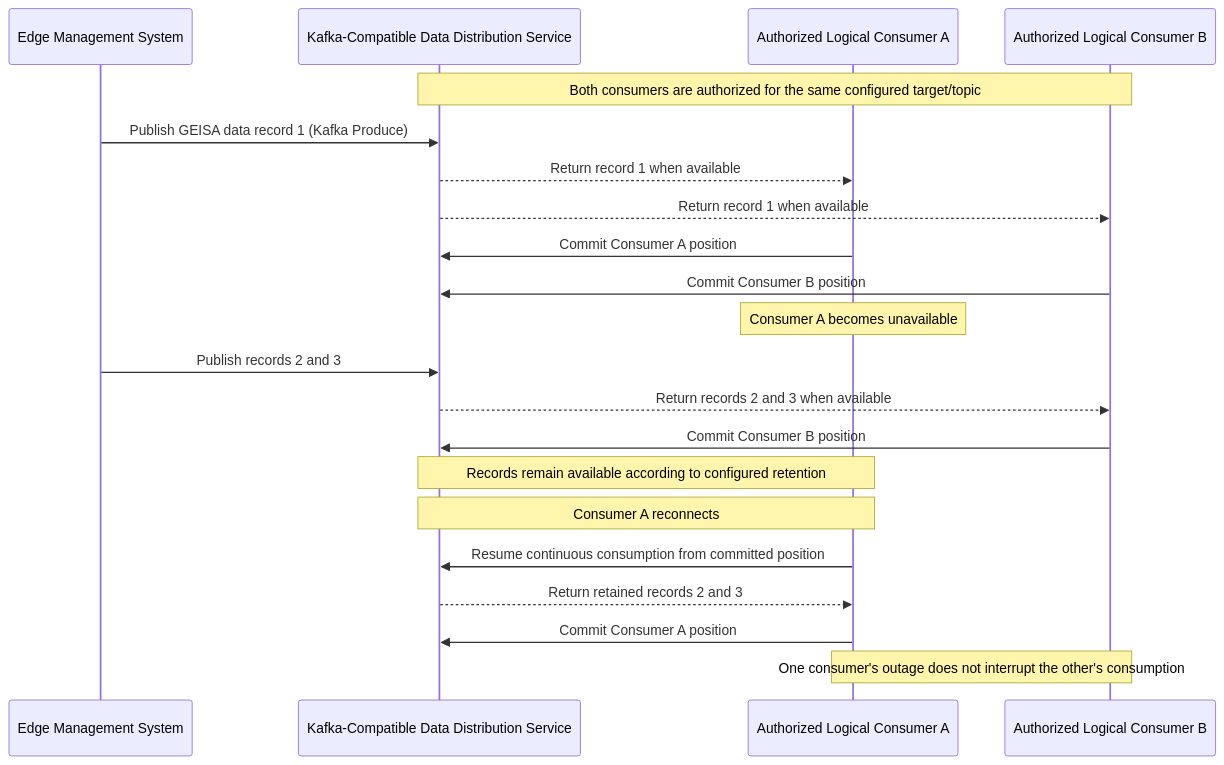
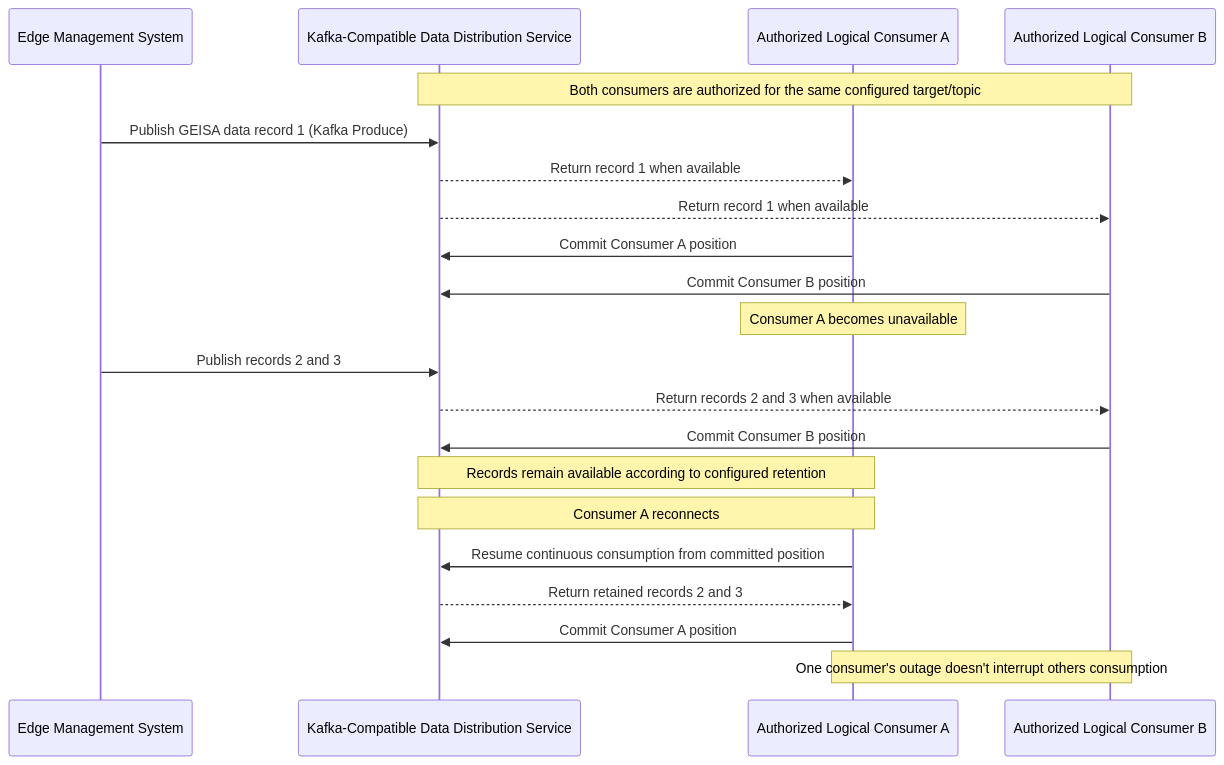
Before and after one commit to geisa/specification: the diagram in source/adm/data-distribution-consumer-outage-recovery.mermaid, drawn with Mermaid. The commit also changed 5 other files, not shown here.

```diff
--- a/source/adm/data-distribution-consumer-outage-recovery.mermaid
+++ b/source/adm/data-distribution-consumer-outage-recovery.mermaid
@@ -1,25 +1,25 @@
 sequenceDiagram
     participant E as Edge Management System
     participant K as Kafka-Compatible Data Distribution Service
     participant U as Authorized Logical Consumer A
     participant V as Authorized Logical Consumer B
 
     Note over K,V: Both consumers are authorized for the same configured target/topic
     E->>K: Publish GEISA data record 1 (Kafka Produce)
     K-->>U: Return record 1 when available
     K-->>V: Return record 1 when available
     U->>K: Commit Consumer A position
     V->>K: Commit Consumer B position
 
     Note over U,U: Consumer A becomes unavailable
     E->>K: Publish records 2 and 3
     K-->>V: Return records 2 and 3 when available
     V->>K: Commit Consumer B position
     Note over K,U: Records remain available according to configured retention
 
     Note over U,K: Consumer A reconnects
     U->>K: Resume continuous consumption from committed position
     K-->>U: Return retained records 2 and 3
     U->>K: Commit Consumer A position
 
-    Note over U,V: One consumer's outage does not interrupt the other's consumption
+    Note over U,V: One consumer's outage doesn't interrupt others consumption
```
